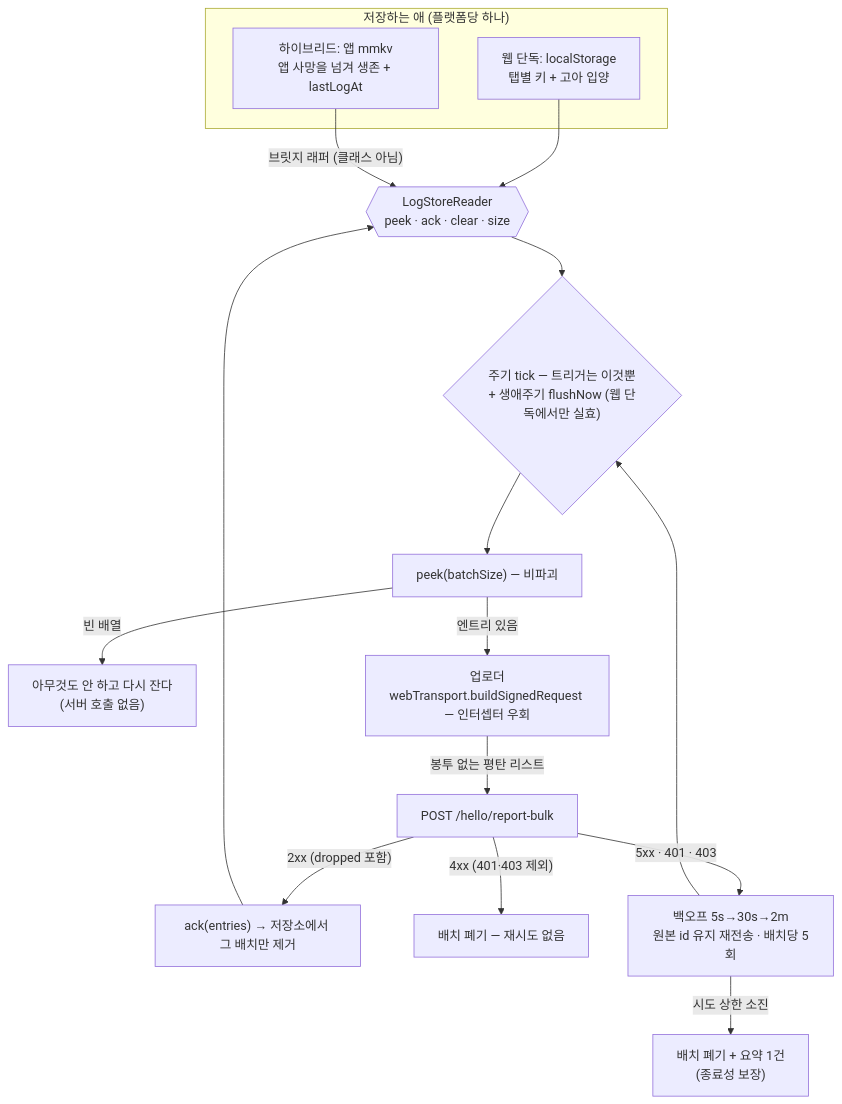
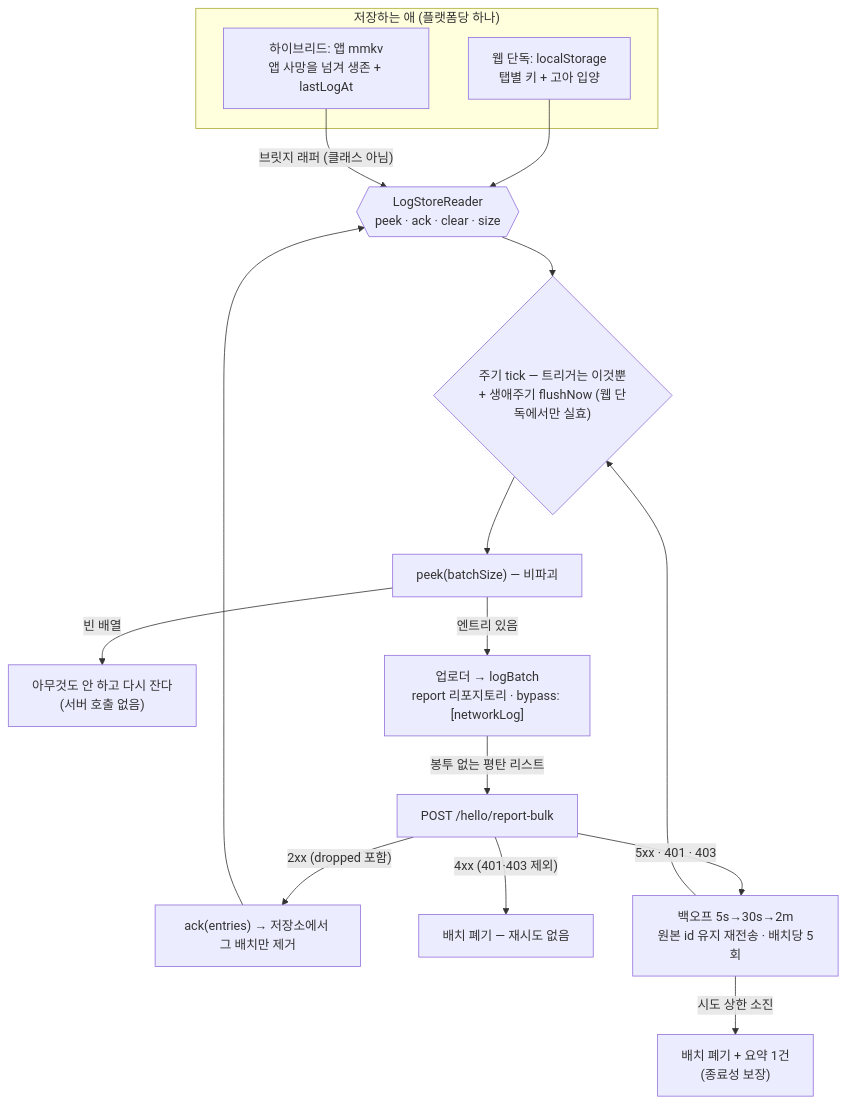
One commit to lemoncloud-io/dou-app changed the fifth of 6 diagrams in libs/logger/docs/architecture.md. Above: the diagram before and after it, drawn with Mermaid. The commit also changed other lines of this file, not shown here.

````diff
--- a/libs/logger/docs/architecture.md
+++ b/libs/logger/docs/architecture.md
@@ -283,24 +283,24 @@
 ```mermaid
 flowchart TB
     subgraph src["저장하는 애 (플랫폼당 하나)"]
         wq["웹 단독: localStorage<br/>탭별 키 + 고아 입양"]
         aq["하이브리드: 앱 mmkv<br/>앱 사망을 넘겨 생존 + lastLogAt"]
     end
 
     reader{{"LogStoreReader<br/>peek · ack · clear · size"}}
     wq --> reader
     aq -- "브릿지 래퍼 (클래스 아님)" --> reader
 
     reader --> tick{"주기 tick — 트리거는 이것뿐<br/>+ 생애주기 flushNow (웹 단독에서만 실효)"}
     tick --> peek["peek(batchSize) — 비파괴"]
     peek -- "빈 배열" --> idle["아무것도 안 하고 다시 잔다<br/>(서버 호출 없음)"]
-    peek -- "엔트리 있음" --> up["업로더<br/>webTransport.buildSignedRequest — 인터셉터 우회"]
+    peek -- "엔트리 있음" --> up["업로더 → logBatch<br/>report 리포지토리 · bypass: [networkLog]"]
     up -- "봉투 없는 평탄 리스트" --> ep["POST /hello/report-bulk"]
 
     ep -- "2xx (dropped 포함)" --> ok["ack(entries) → 저장소에서 그 배치만 제거"]
     ep -- "4xx (401·403 제외)" --> dis["배치 폐기 — 재시도 없음"]
     ep -- "5xx · 401 · 403" --> bo["백오프 5s→30s→2m<br/>원본 id 유지 재전송 · 배치당 5회"]
     bo --> tick
     bo -- "시도 상한 소진" --> gu["배치 폐기 + 요약 1건<br/>(종료성 보장)"]
     ok --> reader
 ```
````
